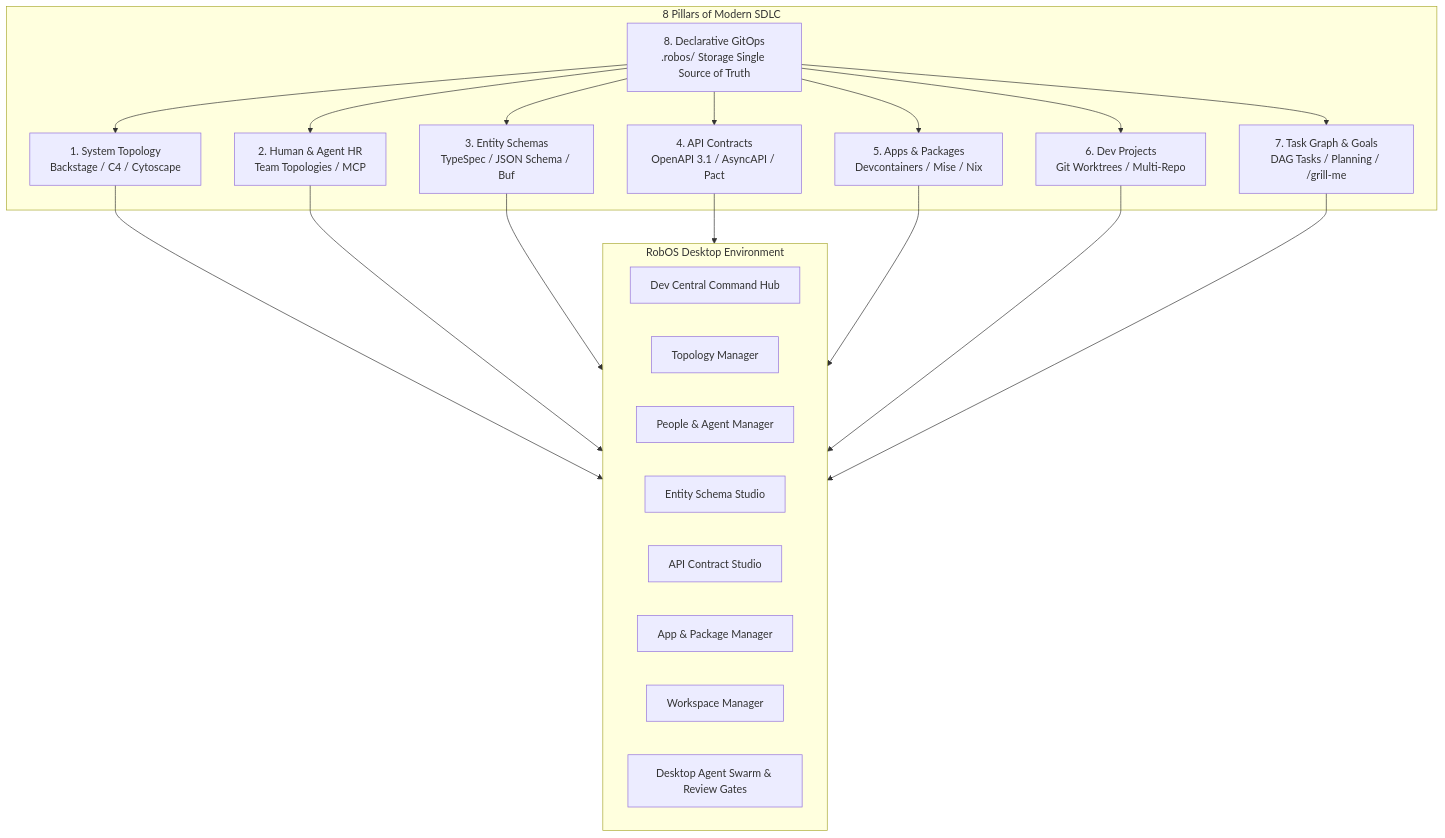
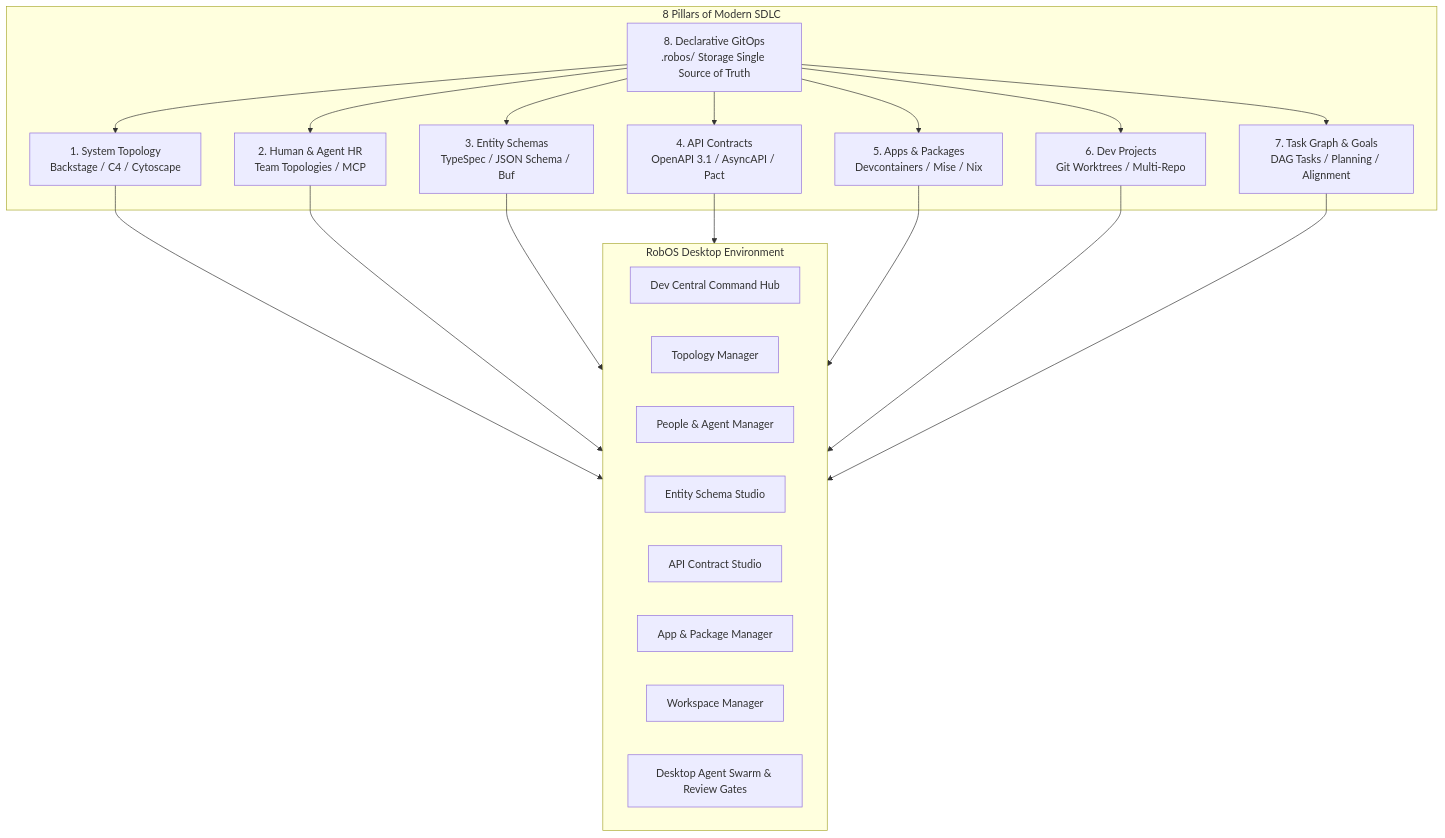
One commit to nddipiazza/robos changed the diagram in docs/project-plan/agent-first-software-lifecycle-os/epic.md. Above: the diagram before and after it, drawn with Mermaid. The commit also changed other lines of this file and 133 other files, not shown here.

````diff
--- a/docs/project-plan/agent-first-software-lifecycle-os/epic.md
+++ b/docs/project-plan/agent-first-software-lifecycle-os/epic.md
@@ -13,27 +13,27 @@
 ```mermaid
 graph TD
     subgraph CorePillars [8 Pillars of Modern SDLC]
         P1[1. System Topology<br/>Backstage / C4 / Cytoscape]
         P2[2. Human & Agent HR<br/>Team Topologies / MCP]
         P3[3. Entity Schemas<br/>TypeSpec / JSON Schema / Buf]
         P4[4. API Contracts<br/>OpenAPI 3.1 / AsyncAPI / Pact]
         P5[5. Apps & Packages<br/>Devcontainers / Mise / Nix]
         P6[6. Dev Projects<br/>Git Worktrees / Multi-Repo]
-        P7[7. Task Graph & Goals<br/>DAG Tasks / Planning / /grill-me]
+        P7[7. Task Graph & Goals<br/>DAG Tasks / Planning / Alignment]
         P8[8. Declarative GitOps<br/>.robos/ Storage Single Source of Truth]
     end
 
     subgraph OSExperience [RobOS Desktop Environment]
         DC[Dev Central Command Hub]
         TopMgr[Topology Manager]
         HRMgr[People & Agent Manager]
         SchemaStd[Entity Schema Studio]
         ContractEng[API Contract Studio]
         PkgMgr[App & Package Manager]
         WSMgr[Workspace Manager]
         AgentEngine[Desktop Agent Swarm & Review Gates]
     end
 
     P8 --> P1 & P2 & P3 & P4 & P5 & P6 & P7
     P1 & P2 & P3 & P4 & P5 & P6 & P7 --> OSExperience
 ```
````
